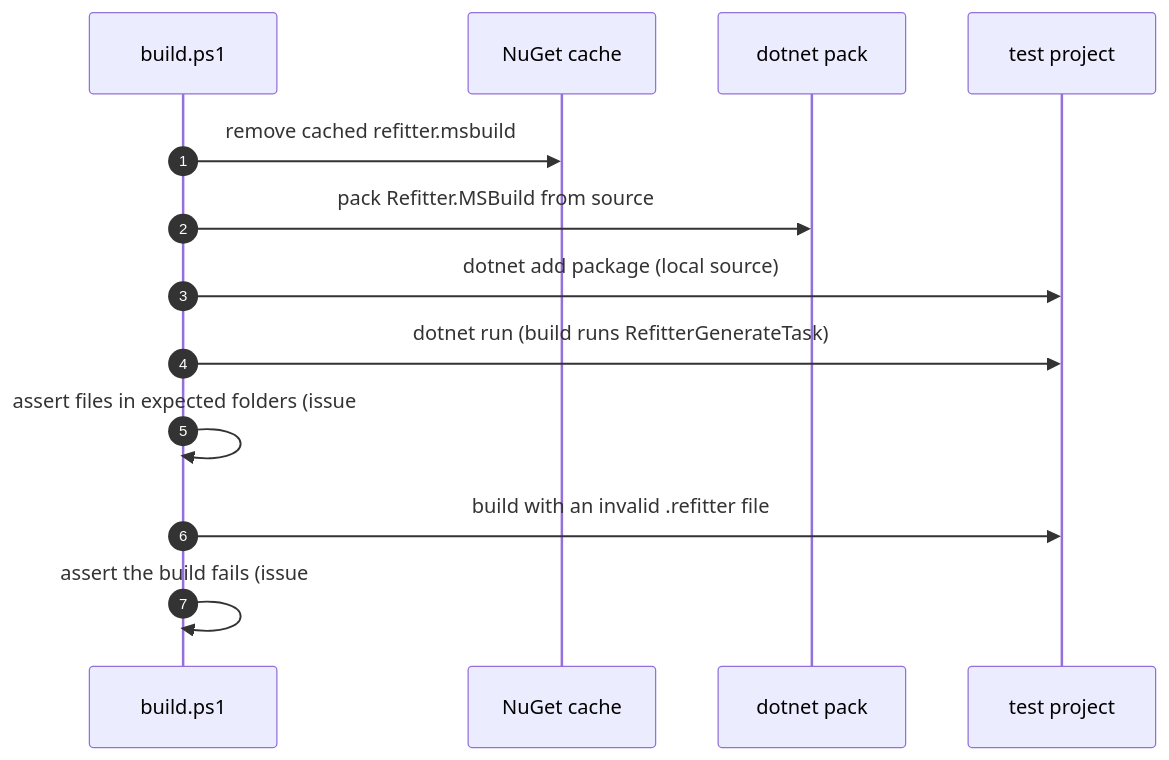
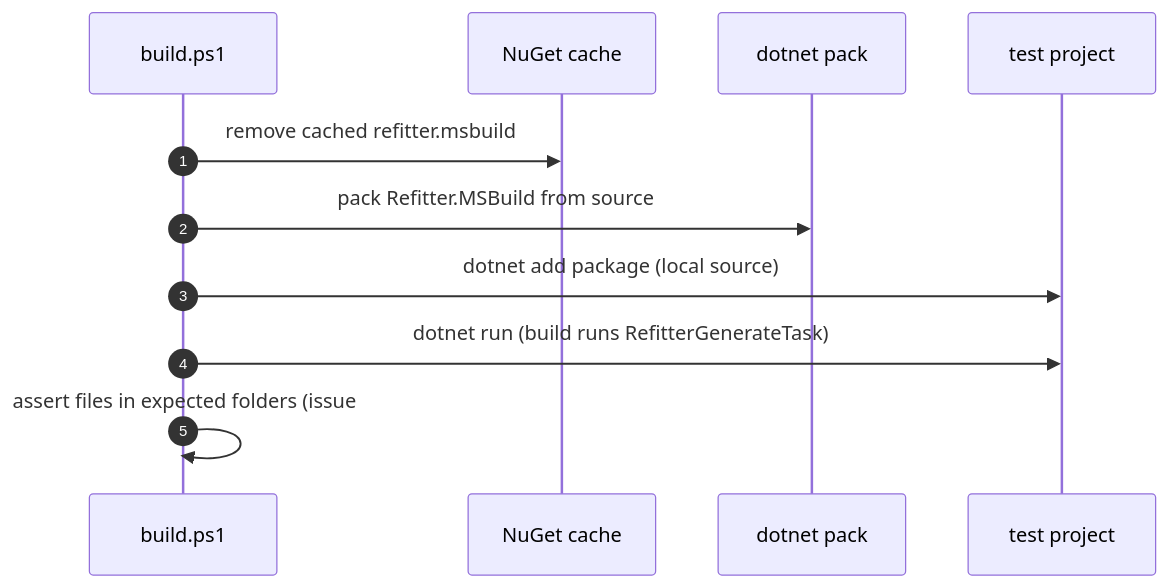
The sixth of 7 diagrams in docs/docfx_project/articles/technical/testing.md (christianhelle/refitter), drawn with Mermaid before and after one commit. The commit also changed other lines of this file, not shown here.

````diff
--- a/docs/docfx_project/articles/technical/testing.md
+++ b/docs/docfx_project/articles/technical/testing.md
@@ -229,15 +233,13 @@
 ```mermaid
 sequenceDiagram
     autonumber
     participant Script as build.ps1
     participant NuGet as NuGet cache
     participant Pack as dotnet pack
     participant App as test project
     Script->>NuGet: remove cached refitter.msbuild
     Script->>Pack: pack Refitter.MSBuild from source
     Script->>App: dotnet add package (local source)
     Script->>App: dotnet run (build runs RefitterGenerateTask)
     Script->>Script: assert files in expected folders (issue #998)<br/>assert interfaceName honoured<br/>assert no stray output files
-    Script->>App: build with an invalid .refitter file
-    Script->>Script: assert the build fails (issue #1012)
 ```
````
